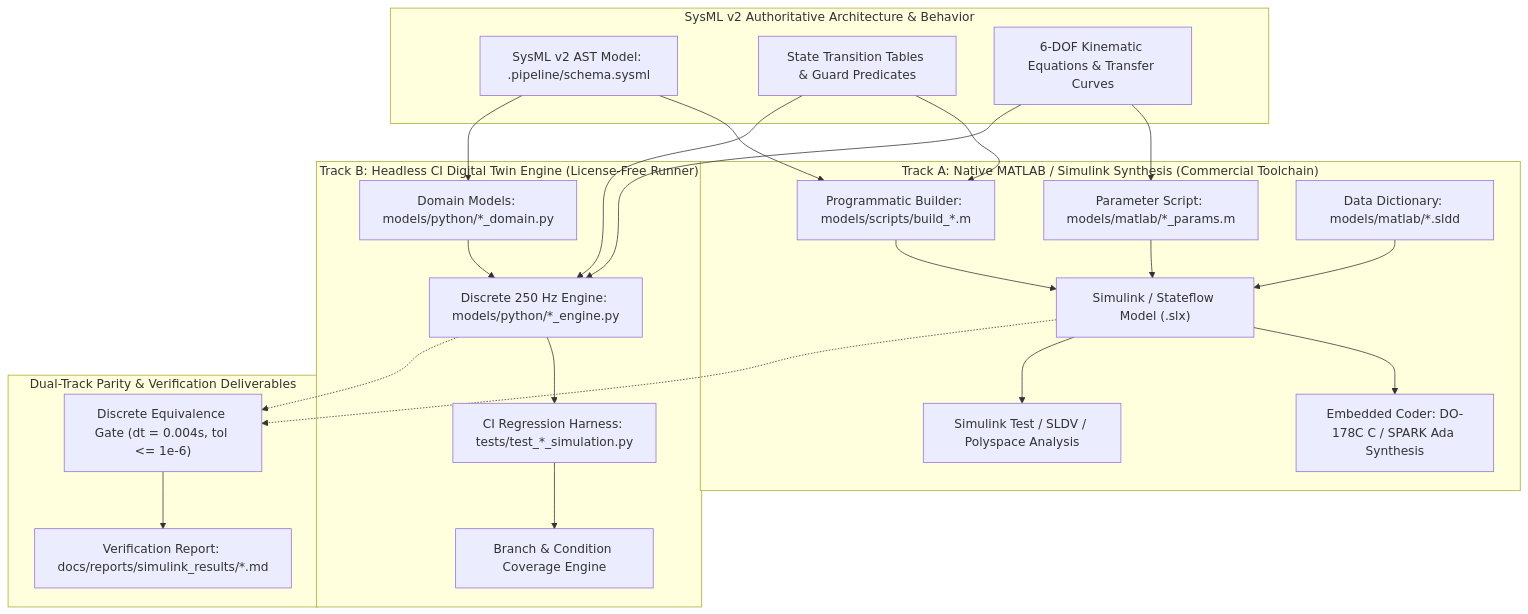
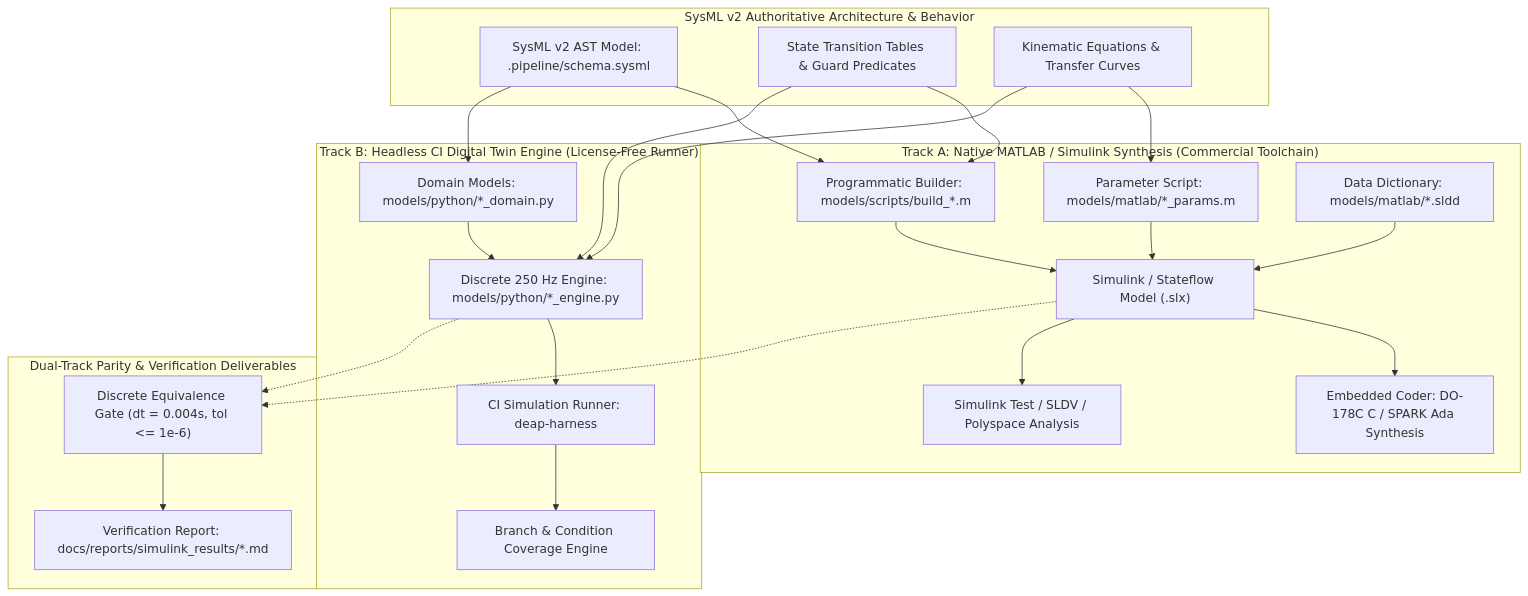
The second of 2 diagrams in docs/architecture/blueprints/SYSML_SSOT_BIDIRECTIONAL_SYNCHRONIZATION_ARCHITECTURE.md (gintatkinson/DEAP01-spec-core), drawn with Mermaid before and after one commit. The commit also changed other lines of this file and 34 other files, not shown here.

Commit message:
docs(architecture): decontaminate reference blueprints and establish master execution plan (refs #405, refs #406)

````diff
--- a/docs/architecture/blueprints/SYSML_SSOT_BIDIRECTIONAL_SYNCHRONIZATION_ARCHITECTURE.md
+++ b/docs/architecture/blueprints/SYSML_SSOT_BIDIRECTIONAL_SYNCHRONIZATION_ARCHITECTURE.md
@@ -165,50 +226,50 @@
 ```mermaid
 flowchart TD
     subgraph SSOT["SysML v2 Authoritative Architecture & Behavior"]
         AST["SysML v2 AST Model: .pipeline/schema.sysml"]
         FSM_SPEC["State Transition Tables & Guard Predicates"]
-        DYN_SPEC["6-DOF Kinematic Equations & Transfer Curves"]
+        DYN_SPEC["Kinematic Equations & Transfer Curves"]
     end
 
     subgraph TrackA["Track A: Native MATLAB / Simulink Synthesis (Commercial Toolchain)"]
         BUILD_M["Programmatic Builder: models/scripts/build_*.m"]
         PARAMS_M["Parameter Script: models/matlab/*_params.m"]
         SLDD_DATA["Data Dictionary: models/matlab/*.sldd"]
         SLX_MODEL["Simulink / Stateflow Model (.slx)"]
         EMBEDDED_CODER["Embedded Coder: DO-178C C / SPARK Ada Synthesis"]
         SLDV_COV["Simulink Test / SLDV / Polyspace Analysis"]
     end
 
     subgraph TrackB["Track B: Headless CI Digital Twin Engine (License-Free Runner)"]
         PY_DOMAIN["Domain Models: models/python/*_domain.py"]
         PY_ENGINE["Discrete 250 Hz Engine: models/python/*_engine.py"]
-        PY_TESTS["CI Regression Harness: tests/test_*_simulation.py"]
+        SIM_HARNESS["CI Simulation Runner: deap-harness"]
         PY_COV["Branch & Condition Coverage Engine"]
     end
 
     subgraph ParityGate["Dual-Track Parity & Verification Deliverables"]
         EQUIV["Discrete Equivalence Gate (dt = 0.004s, tol <= 1e-6)"]
         REPORT["Verification Report: docs/reports/simulink_results/*.md"]
     end
 
     AST --> BUILD_M
     AST --> PY_DOMAIN
     FSM_SPEC --> BUILD_M
     FSM_SPEC --> PY_ENGINE
     DYN_SPEC --> PARAMS_M
     DYN_SPEC --> PY_ENGINE
 
     BUILD_M --> SLX_MODEL
     PARAMS_M --> SLX_MODEL
     SLDD_DATA --> SLX_MODEL
     SLX_MODEL --> EMBEDDED_CODER
     SLX_MODEL --> SLDV_COV
 
     PY_DOMAIN --> PY_ENGINE
-    PY_ENGINE --> PY_TESTS
-    PY_TESTS --> PY_COV
+    PY_ENGINE --> SIM_HARNESS
+    SIM_HARNESS --> PY_COV
 
     SLX_MODEL -.-> EQUIV
     PY_ENGINE -.-> EQUIV
     EQUIV --> REPORT
 ```
````
